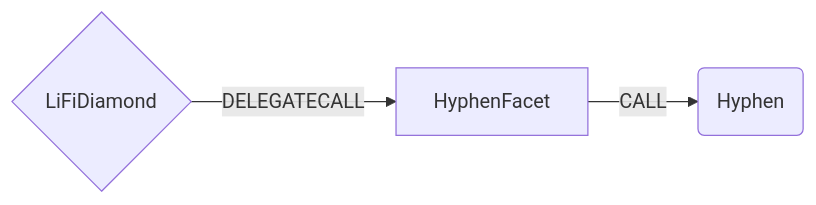
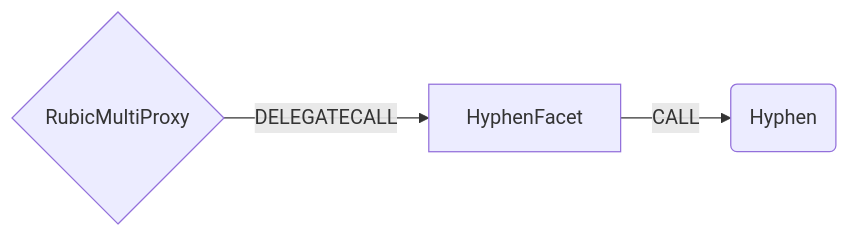
The diagram in docs/HyphenFacet.md (Cryptorubic/multi-proxy-rubic), drawn with Mermaid before and after one commit. The commit also changed other lines of this file and 82 other files, not shown here.

````diff
--- a/docs/HyphenFacet.md
+++ b/docs/HyphenFacet.md
@@ -7,5 +7,5 @@
 ```mermaid
 graph LR;
-    D{LiFiDiamond}-- DELEGATECALL -->HyphenFacet;
+    D{RubicMultiProxy}-- DELEGATECALL -->HyphenFacet;
     HyphenFacet -- CALL --> C(Hyphen)
 ```
````
